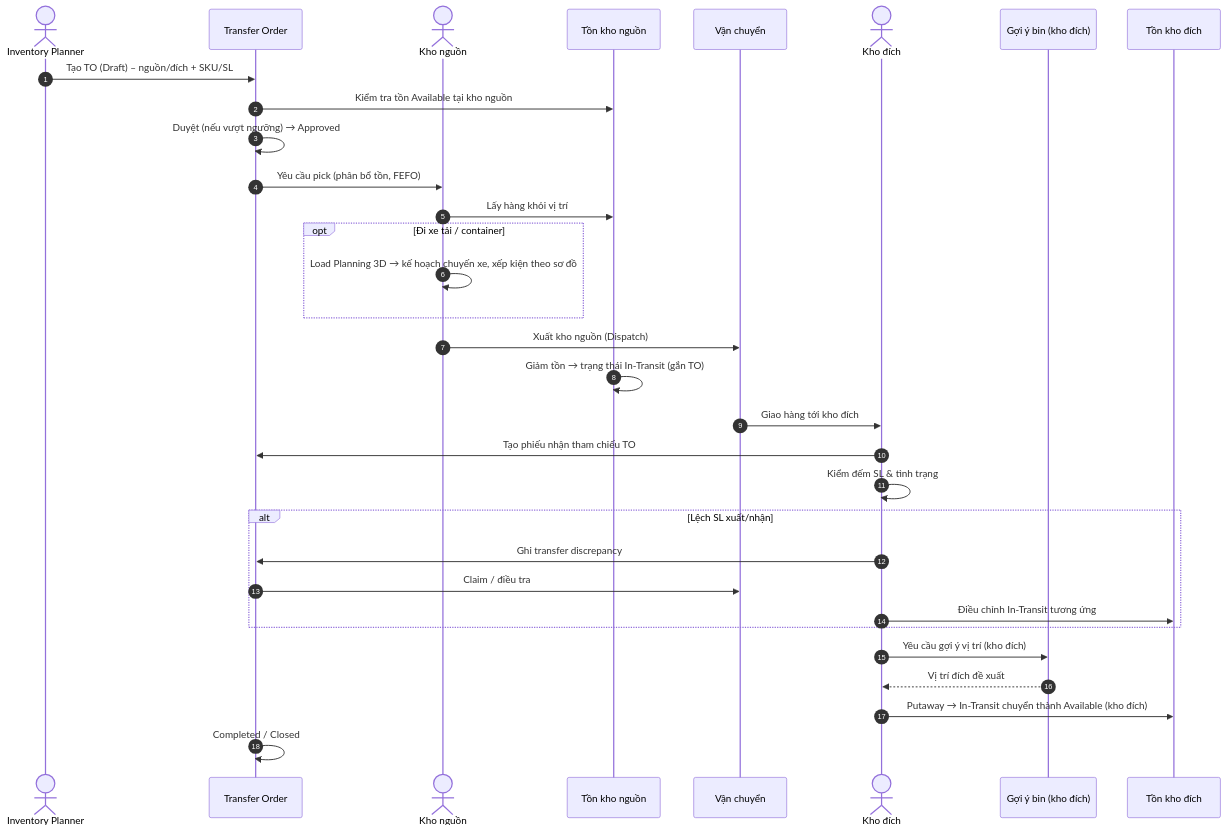
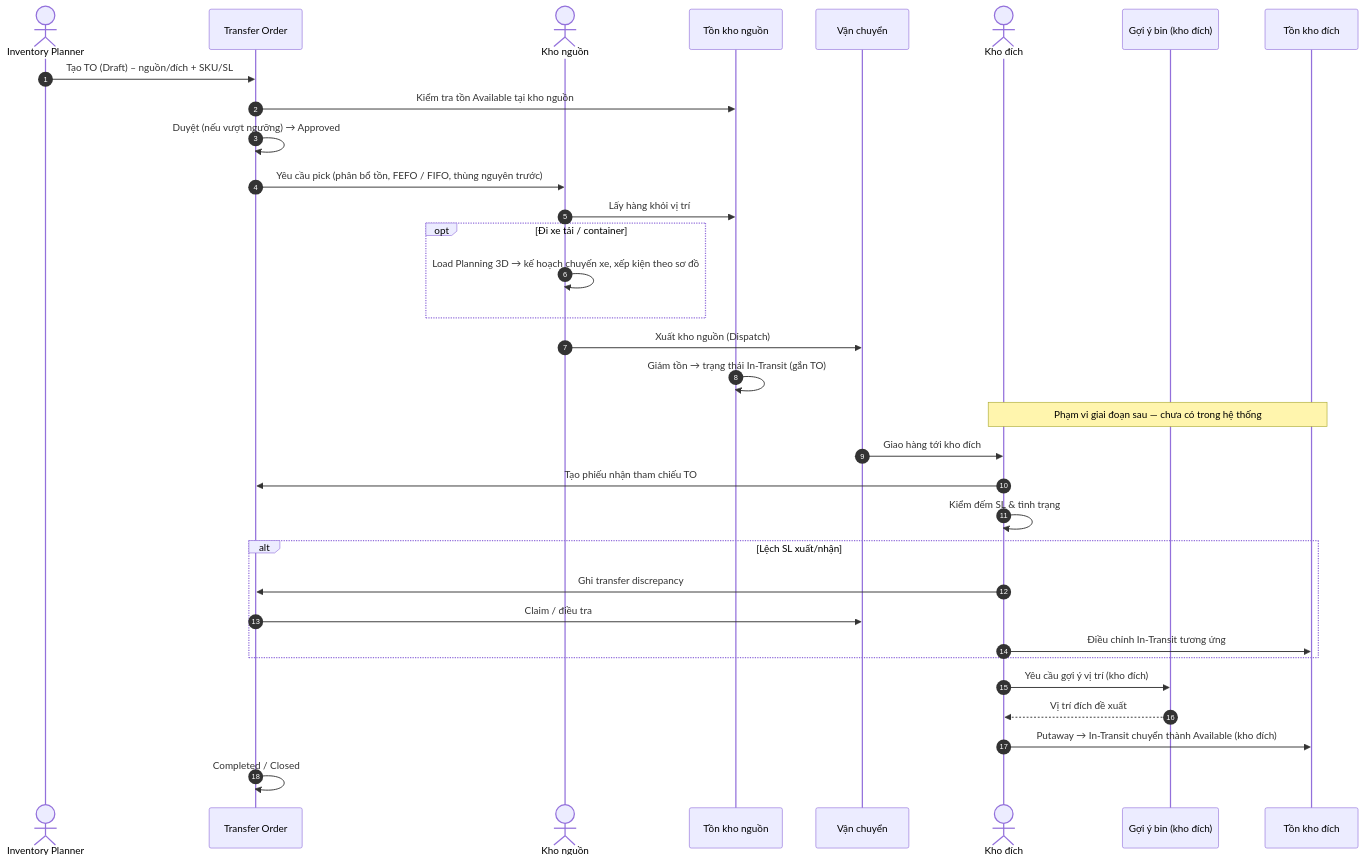
One commit to KLTN-FA26/docs changed the eighth of 12 diagrams in docs/diagrams/README.md. Above: the diagram before and after it, drawn with Mermaid. The commit also changed other lines of this file and 6 other files, not shown here.

First line of the commit message:
Align intra-warehouse moves (11) and the transfer diagrams with the code

````diff
--- a/docs/diagrams/README.md
+++ b/docs/diagrams/README.md
@@ -368,35 +373,36 @@
 ```mermaid
 sequenceDiagram
     autonumber
     actor PLAN as Inventory Planner
     participant TO as Transfer Order
     actor SRC as Kho nguồn
     participant INV_SRC as Tồn kho nguồn
     participant TRANS as Vận chuyển
     actor DST as Kho đích
     participant SLOT as Gợi ý bin (kho đích)
     participant INV_DST as Tồn kho đích
 
     PLAN->>TO: Tạo TO (Draft) – nguồn/đích + SKU/SL
     TO->>INV_SRC: Kiểm tra tồn Available tại kho nguồn
     TO->>TO: Duyệt (nếu vượt ngưỡng) → Approved
-    TO->>SRC: Yêu cầu pick (phân bổ tồn, FEFO)
+    TO->>SRC: Yêu cầu pick (phân bổ tồn, FEFO / FIFO, thùng nguyên trước)
     SRC->>INV_SRC: Lấy hàng khỏi vị trí
     opt Đi xe tải / container
         SRC->>SRC: Load Planning 3D → kế hoạch chuyến xe, xếp kiện theo sơ đồ
     end
     SRC->>TRANS: Xuất kho nguồn (Dispatch)
     INV_SRC->>INV_SRC: Giảm tồn → trạng thái In-Transit (gắn TO)
+    Note over DST,INV_DST: Phạm vi giai đoạn sau — chưa có trong hệ thống
     TRANS->>DST: Giao hàng tới kho đích
     DST->>TO: Tạo phiếu nhận tham chiếu TO
     DST->>DST: Kiểm đếm SL & tình trạng
     alt Lệch SL xuất/nhận
         DST->>TO: Ghi transfer discrepancy
         TO->>TRANS: Claim / điều tra
         DST->>INV_DST: Điều chỉnh In-Transit tương ứng
     end
     DST->>SLOT: Yêu cầu gợi ý vị trí (kho đích)
     SLOT-->>DST: Vị trí đích đề xuất
     DST->>INV_DST: Putaway → In-Transit chuyển thành Available (kho đích)
     TO->>TO: Completed / Closed
 ```
````
